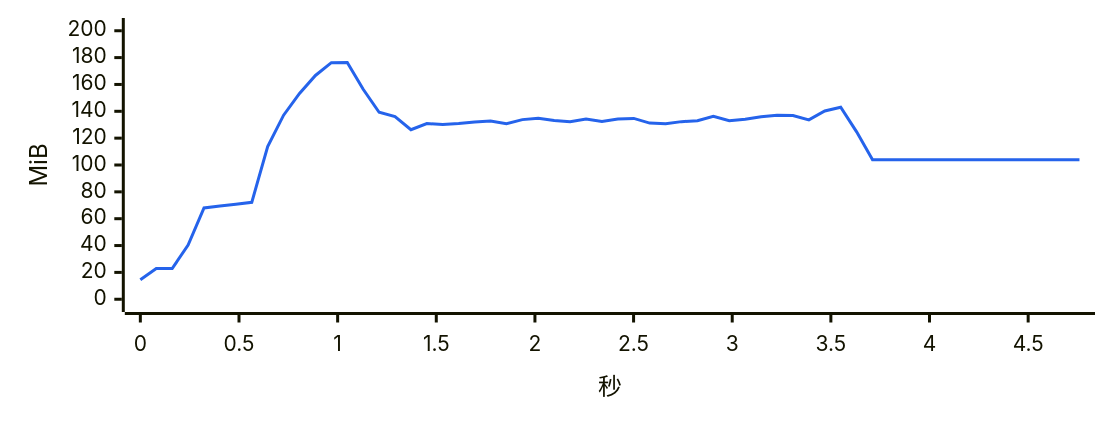
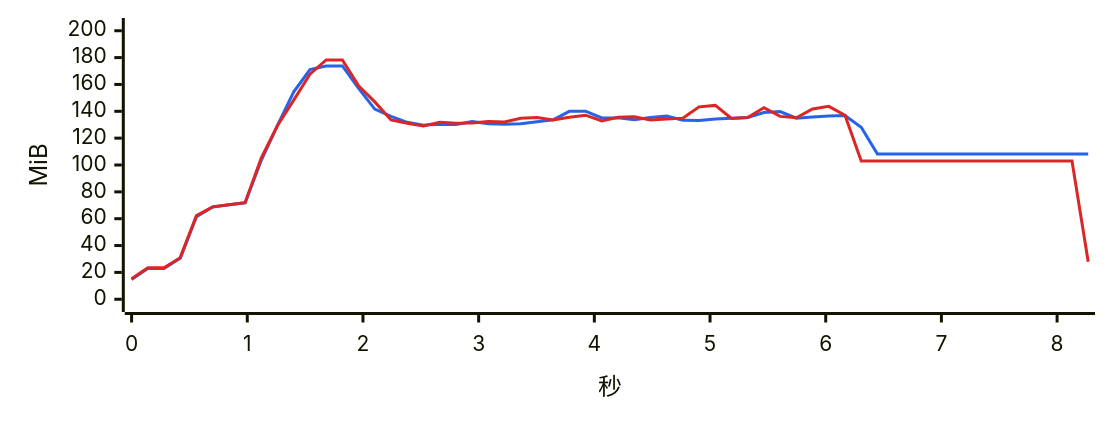
One commit to 334456777/WeFlow changed the fifth of 17 diagrams in bench/v4.0.0/summary.md. Above: the diagram before and after it, drawn with Mermaid. The commit also changed other lines of this file and 3 other files, not shown here.

````diff
--- a/bench/v4.0.0/summary.md
+++ b/bench/v4.0.0/summary.md
@@ -329,7 +331,8 @@
 ```mermaid
-%%{init: {"xyChart": {"width": 720, "height": 260}, "themeVariables": {"xyChart": {"plotColorPalette": "#2563eb"}}}}%%
+%%{init: {"xyChart": {"width": 720, "height": 260}, "themeVariables": {"xyChart": {"plotColorPalette": "#2563eb, #dc2626"}}}}%%
 xychart-beta
-    x-axis "秒" 0 --> 4.76
+    x-axis "秒" 0 --> 8.269
     y-axis "MiB" 0 --> 200
-    line [14.6, 22.9, 22.9, 40.3, 68.0, 69.4, 70.7, 72.2, 113.8, 137.1, 153.3, 166.7, 176.2, 176.3, 156.4, 139.3, 136.0, 126.3, 130.9, 130.2, 130.9, 132.0, 132.7, 130.7, 133.8, 134.9, 133.2, 132.2, 134.3, 132.4, 134.2, 134.7, 131.2, 130.7, 132.3, 133.0, 136.3, 133.0, 134.1, 136.0, 137.1, 136.8, 133.6, 140.2, 143.0, 124.7, 104.0, 104.0, 104.0, 104.0, 104.0, 104.0, 104.0, 104.0, 104.0, 104.0, 104.0, 104.0, 104.0, 104.0]
+    line [14.7, 22.9, 22.9, 30.6, 61.4, 68.7, 70.4, 71.8, 103.5, 129.6, 154.5, 171.1, 173.7, 173.8, 157.1, 141.6, 136.2, 131.8, 129.7, 130.4, 130.2, 132.4, 130.7, 130.4, 130.8, 132.3, 133.6, 140.0, 140.1, 135.1, 135.1, 133.7, 135.4, 136.4, 133.4, 133.2, 134.2, 134.8, 135.4, 139.1, 139.8, 134.9, 135.7, 136.5, 136.8, 128.1, 108.2, 108.2, 108.2, 108.2, 108.2, 108.2, 108.2, 108.2, 108.2, 108.2, 108.2, 108.2, 108.2, 108.2]
+    line [15.2, 23.4, 23.4, 31.0, 62.3, 68.8, 70.4, 71.9, 105.3, 129.4, 148.3, 167.7, 178.3, 178.3, 159.0, 147.0, 133.6, 131.1, 129.1, 131.8, 131.1, 131.3, 132.4, 132.1, 134.8, 135.4, 133.5, 135.5, 137.1, 132.8, 135.5, 136.0, 133.6, 134.3, 134.9, 143.3, 144.4, 134.7, 135.4, 142.7, 136.2, 135.2, 141.7, 143.7, 137.1, 102.9, 102.9, 102.9, 102.9, 102.9, 102.9, 102.9, 102.9, 102.9, 102.9, 102.9, 102.9, 102.9, 102.9, 27.9]
 ```
````
